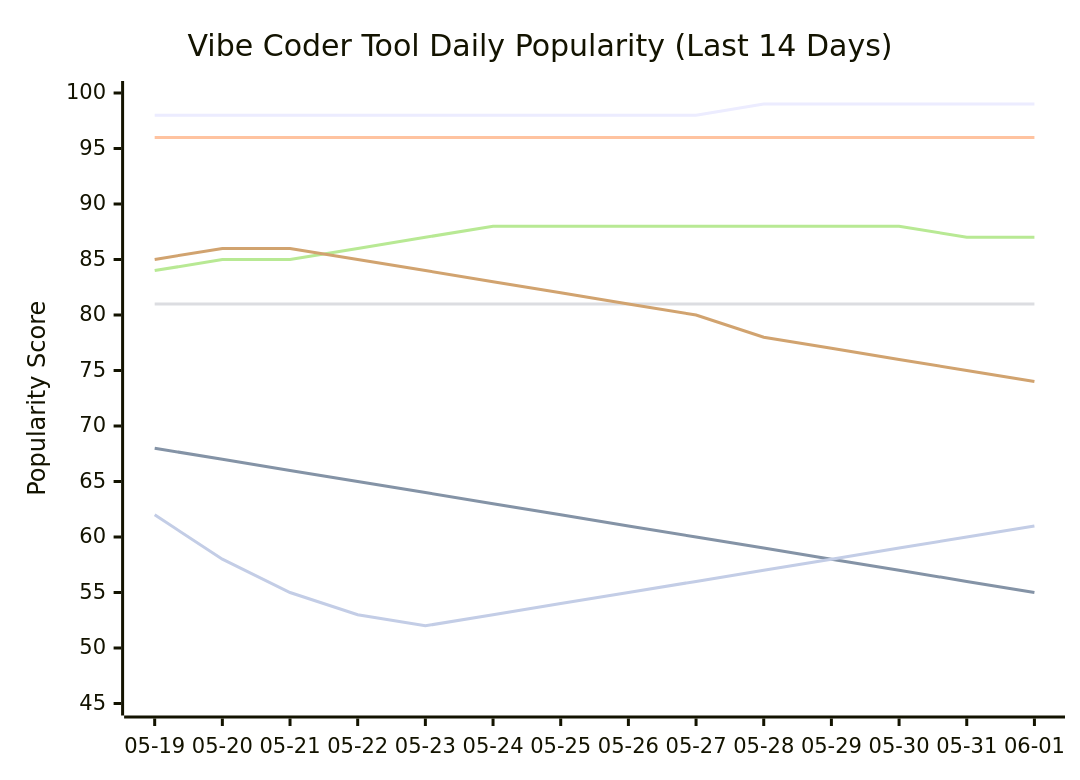
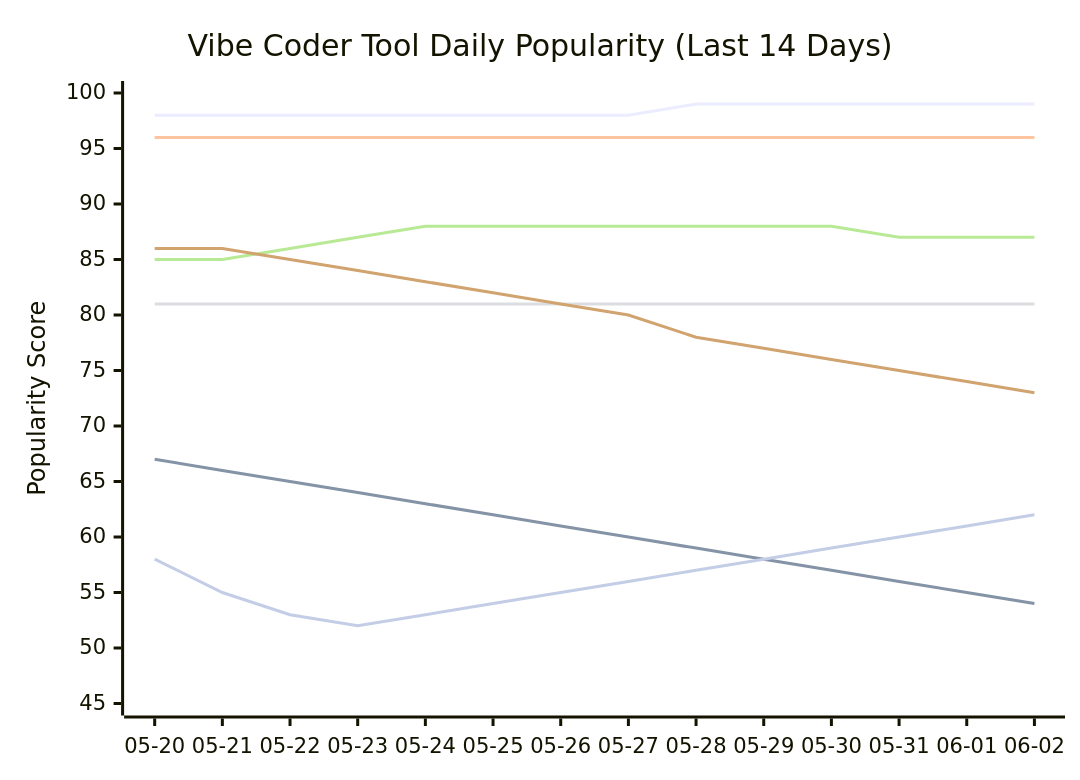
One commit to tykimos/ai-whatchelin changed the seventh of 11 diagrams in README.md. Above: the diagram before and after it, drawn with Mermaid. The commit also changed other lines of this file and 4 other files, not shown here.

````diff
--- a/README.md
+++ b/README.md
@@ -1259,13 +1281,13 @@
 ```mermaid
 xychart-beta
     title "Vibe Coder Tool Daily Popularity (Last 14 Days)"
-    x-axis ["05-19", "05-20", "05-21", "05-22", "05-23", "05-24", "05-25", "05-26", "05-27", "05-28", "05-29", "05-30", "05-31", "06-01"]
+    x-axis ["05-20", "05-21", "05-22", "05-23", "05-24", "05-25", "05-26", "05-27", "05-28", "05-29", "05-30", "05-31", "06-01", "06-02"]
     y-axis "Popularity Score" 45 --> 100
-    line "Claude Code" [98, 98, 98, 98, 98, 98, 98, 98, 98, 99, 99, 99, 99, 99]
-    line "GH Copilot" [68, 67, 66, 65, 64, 63, 62, 61, 60, 59, 58, 57, 56, 55]
+    line "Claude Code" [98, 98, 98, 98, 98, 98, 98, 98, 99, 99, 99, 99, 99, 99]
+    line "GH Copilot" [67, 66, 65, 64, 63, 62, 61, 60, 59, 58, 57, 56, 55, 54]
     line "Cursor" [96, 96, 96, 96, 96, 96, 96, 96, 96, 96, 96, 96, 96, 96]
     line "Windsurf" [81, 81, 81, 81, 81, 81, 81, 81, 81, 81, 81, 81, 81, 81]
-    line "Codex CLI" [84, 85, 85, 86, 87, 88, 88, 88, 88, 88, 88, 88, 87, 87]
-    line "Gemini CLI" [85, 86, 86, 85, 84, 83, 82, 81, 80, 78, 77, 76, 75, 74]
-    line "Antigravity" [62, 58, 55, 53, 52, 53, 54, 55, 56, 57, 58, 59, 60, 61]
+    line "Codex CLI" [85, 85, 86, 87, 88, 88, 88, 88, 88, 88, 88, 87, 87, 87]
+    line "Gemini CLI" [86, 86, 85, 84, 83, 82, 81, 80, 78, 77, 76, 75, 74, 73]
+    line "Antigravity" [58, 55, 53, 52, 53, 54, 55, 56, 57, 58, 59, 60, 61, 62]
 ```
````
